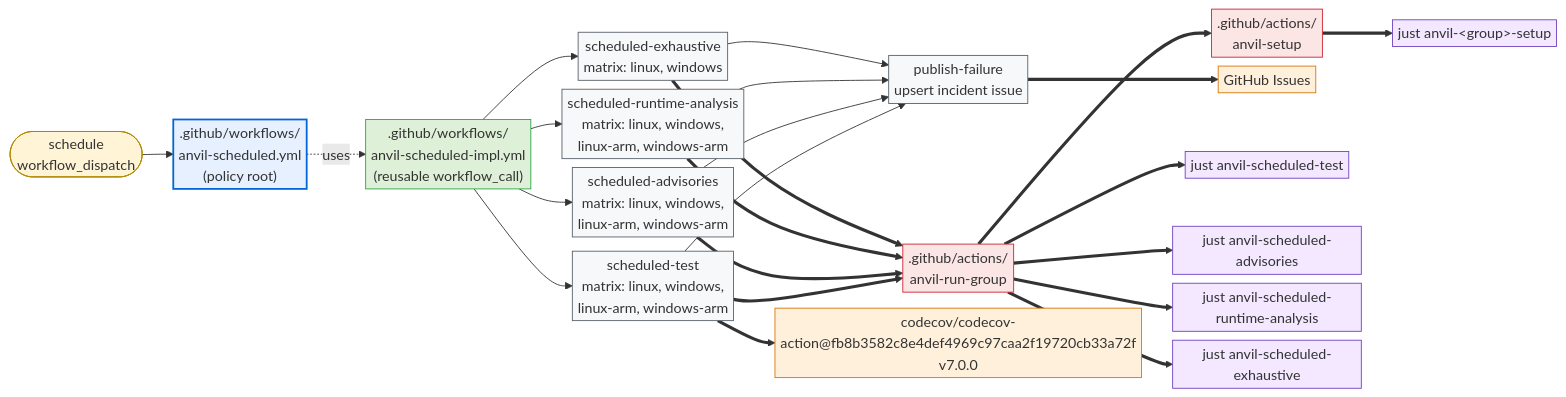
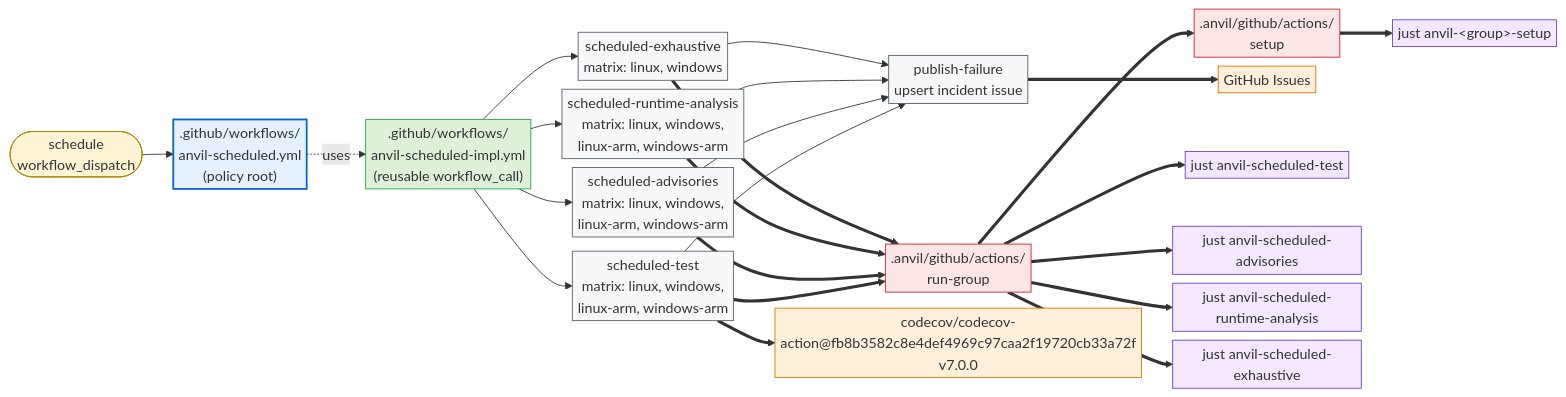
The second of 2 diagrams in crates/cargo-anvil/docs/design/github.md (microsoft/ox-tools), drawn with Mermaid before and after one commit. The commit also changed other lines of this file and 156 other files, not shown here.

````diff
--- a/crates/cargo-anvil/docs/design/github.md
+++ b/crates/cargo-anvil/docs/design/github.md
@@ -122,54 +122,54 @@
 ```mermaid
 %%{init: {"flowchart": {"nodeSpacing": 10, "rankSpacing": 35, "padding": 3}, "themeVariables": {"fontSize": "16px"}}}%%
 flowchart LR
     sched_evt([schedule<br/>workflow_dispatch]):::trigger
     sched_root[".github/workflows/<br/>anvil-scheduled.yml<br/>(policy root)"]:::root
     sched_impl[".github/workflows/<br/>anvil-scheduled-impl.yml<br/>(reusable workflow_call)"]:::impl
     stest_job["scheduled-test<br/>matrix: linux, windows,<br/>linux-arm, windows-arm"]:::job
     sadv_job["scheduled-advisories<br/>matrix: linux, windows,<br/>linux-arm, windows-arm"]:::job
     srun_job["scheduled-runtime-analysis<br/>matrix: linux, windows,<br/>linux-arm, windows-arm"]:::job
     sexh_job["scheduled-exhaustive<br/>matrix: linux, windows"]:::job
     publish_job["publish-failure<br/>upsert incident issue"]:::job
-    setup_act[".github/actions/<br/>anvil-setup"]:::action
-    run_group_act[".github/actions/<br/>anvil-run-group"]:::action
+    setup_act[".anvil/github/actions/<br/>setup"]:::action
+    run_group_act[".anvil/github/actions/<br/>run-group"]:::action
     codecov_act["codecov/codecov-action@fb8b3582c8e4def4969c97caa2f19720cb33a72f<br/>v7.0.0"]:::external
     github_issues["GitHub Issues"]:::external
     stest_just["just anvil-scheduled-test"]:::recipe
     sadv_just["just anvil-scheduled-advisories"]:::recipe
     srun_just["just anvil-scheduled-runtime-analysis"]:::recipe
     sexh_just["just anvil-scheduled-exhaustive"]:::recipe
     setup_just["just anvil-&lt;group&gt;-setup"]:::recipe
 
     sched_evt --> sched_root
     sched_root -. uses .-> sched_impl
     sched_impl --> stest_job
     sched_impl --> sadv_job
     sched_impl --> srun_job
     sched_impl --> sexh_job
     stest_job --> publish_job
     sadv_job --> publish_job
     srun_job --> publish_job
     sexh_job --> publish_job
 
     stest_job ==> run_group_act
     stest_job ==> codecov_act
     sadv_job ==> run_group_act
     srun_job ==> run_group_act
     sexh_job ==> run_group_act
     publish_job ==> github_issues
 
     run_group_act ==> setup_act
     run_group_act ==> stest_just
     run_group_act ==> sadv_just
     run_group_act ==> srun_just
     run_group_act ==> sexh_just
     setup_act ==> setup_just
 
     classDef trigger fill:#fff4d6,stroke:#b08800,stroke-width:1px;
     classDef root fill:#e6f0ff,stroke:#0366d6,stroke-width:2px;
     classDef impl fill:#dff0d8,stroke:#28a745,stroke-width:1px;
     classDef job fill:#f6f8fa,stroke:#586069,stroke-width:1px;
     classDef action fill:#fce5e5,stroke:#cb2431,stroke-width:1px;
     classDef external fill:#fff0db,stroke:#d97706,stroke-width:1px;
     classDef recipe fill:#f3e8ff,stroke:#6f42c1,stroke-width:1px;
 ```
````
